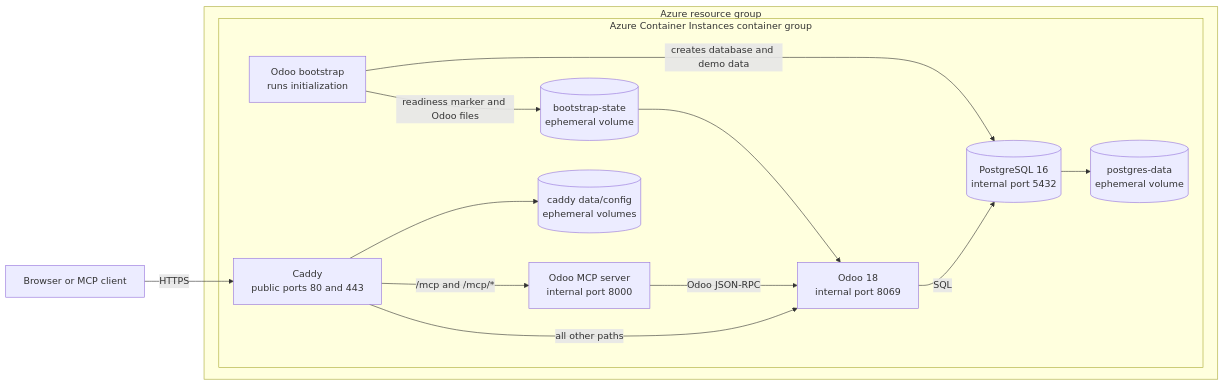
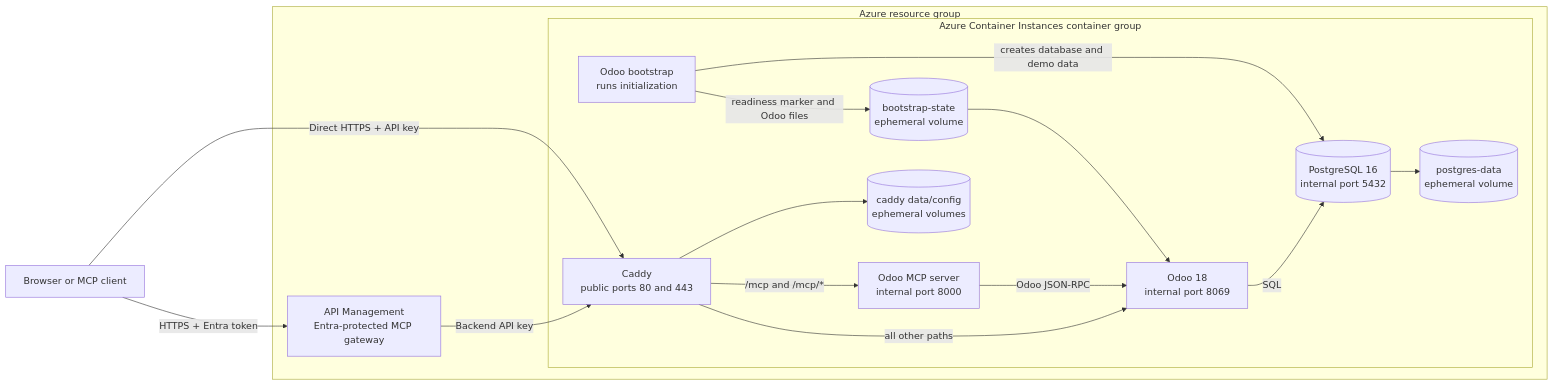
The diagram in README.md (koenraadhaedens/azd-erp-crm-odoo-mcp-demo), drawn with Mermaid before and after one commit. The commit also changed other lines of this file and 10 other files, not shown here.

Commit message:
feat: integrate Microsoft Entra and API Management for Odoo MCP demo

````diff
--- a/README.md
+++ b/README.md
@@ -78,26 +79,29 @@
 ```mermaid
 flowchart LR
-	user[Browser or MCP client]
+    user[Browser or MCP client]
 
-	subgraph azure[Azure resource group]
-		subgraph aci[Azure Container Instances container group]
-			caddy[Caddy<br/>public ports 80 and 443]
-			odoo[Odoo 18<br/>internal port 8069]
-			mcp[Odoo MCP server<br/>internal port 8000]
-			postgres[(PostgreSQL 16<br/>internal port 5432)]
-			bootstrap[Odoo bootstrap<br/>runs initialization]
+    subgraph azure[Azure resource group]
+        apim[API Management<br/>Entra-protected MCP gateway]
+        subgraph aci[Azure Container Instances container group]
+            caddy[Caddy<br/>public ports 80 and 443]
+            odoo[Odoo 18<br/>internal port 8069]
+            mcp[Odoo MCP server<br/>internal port 8000]
+            postgres[(PostgreSQL 16<br/>internal port 5432)]
+            bootstrap[Odoo bootstrap<br/>runs initialization]
 
-			bootstrap -->|creates database and demo data| postgres
-			bootstrap -->|readiness marker and Odoo files| state[(bootstrap-state<br/>ephemeral volume)]
-			state --> odoo
-			odoo -->|SQL| postgres
-			mcp -->|Odoo JSON-RPC| odoo
-			caddy -->|all other paths| odoo
-			caddy -->|/mcp and /mcp/*| mcp
-			postgres --> pgdata[(postgres-data<br/>ephemeral volume)]
-			caddy --> tls[(caddy data/config<br/>ephemeral volumes)]
-		end
-	end
+            bootstrap -->|creates database and demo data| postgres
+            bootstrap -->|readiness marker and Odoo files| state[(bootstrap-state<br/>ephemeral volume)]
+            state --> odoo
+            odoo -->|SQL| postgres
+            mcp -->|Odoo JSON-RPC| odoo
+            caddy -->|all other paths| odoo
+            caddy -->|/mcp and /mcp/*| mcp
+            postgres --> pgdata[(postgres-data<br/>ephemeral volume)]
+            caddy --> tls[(caddy data/config<br/>ephemeral volumes)]
+        end
+    end
 
-	user -->|HTTPS| caddy
+    user -->|Direct HTTPS + API key| caddy
+    user -->|HTTPS + Entra token| apim
+    apim -->|Backend API key| caddy
 ```
````
